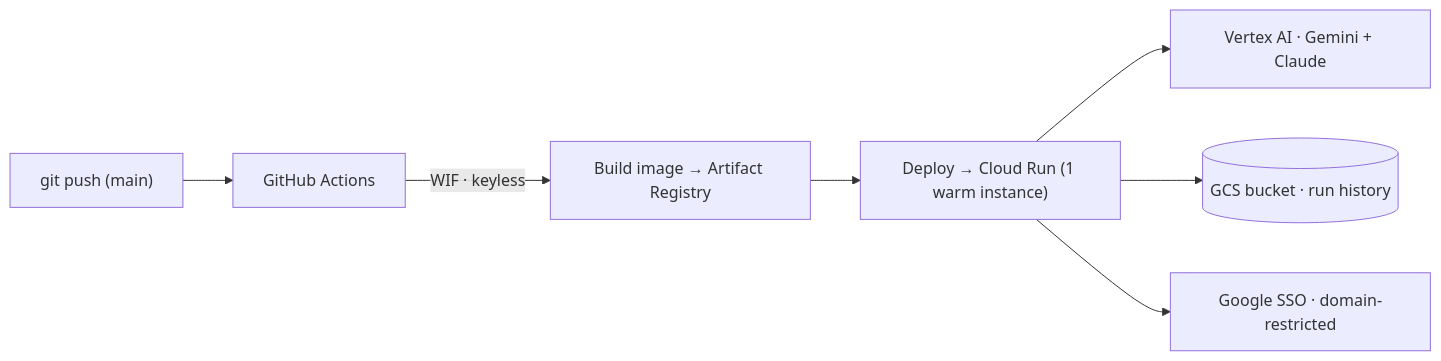
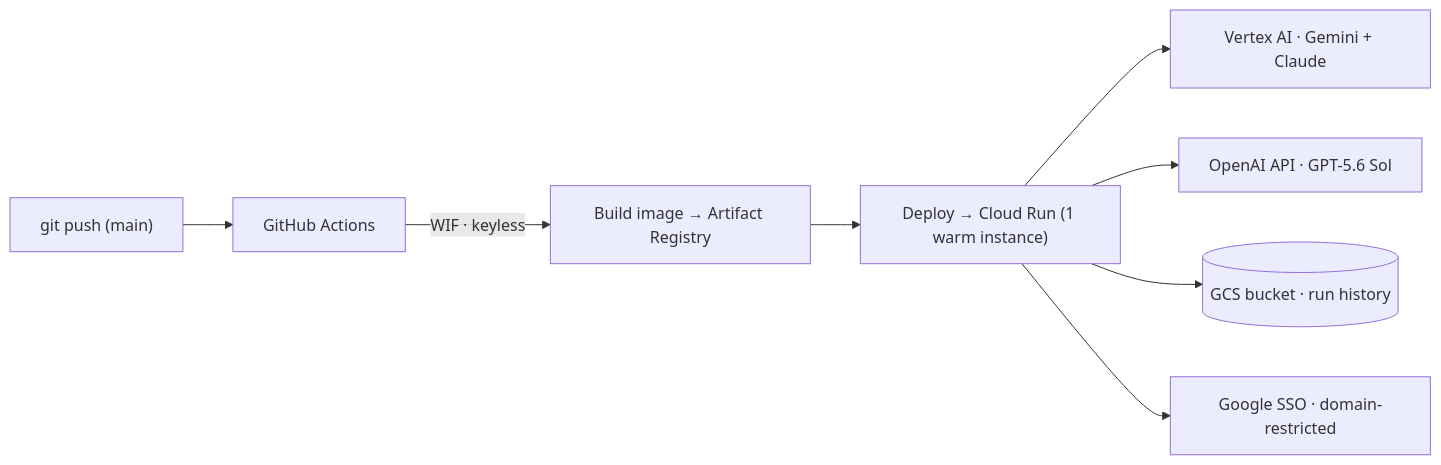
One commit to UbhiTS/llm-compare changed the first of 2 diagrams in README.md. Above: the diagram before and after it, drawn with Mermaid. The commit also changed other lines of this file and 8 other files, not shown here.

````diff
--- a/README.md
+++ b/README.md
@@ -79,9 +81,10 @@
 ```mermaid
 flowchart LR
   push["git push (main)"] --> ga["GitHub Actions"]
   ga -->|"WIF · keyless"| img["Build image → Artifact Registry"]
   img --> run["Deploy → Cloud Run (1 warm instance)"]
   run --> vertex["Vertex AI · Gemini + Claude"]
+  run --> openai["OpenAI API · GPT-5.6 Sol"]
   run --> gcs[("GCS bucket · run history")]
   run --> sso["Google SSO · domain-restricted"]
 ```
````
